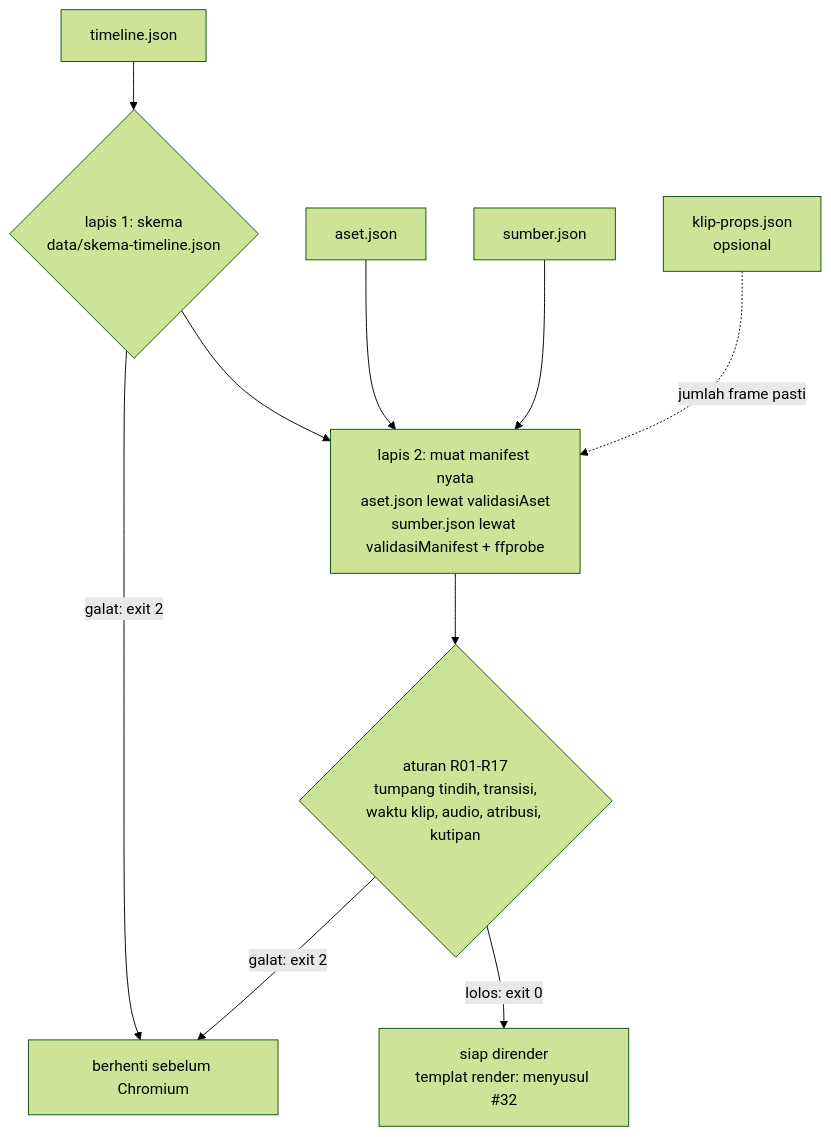
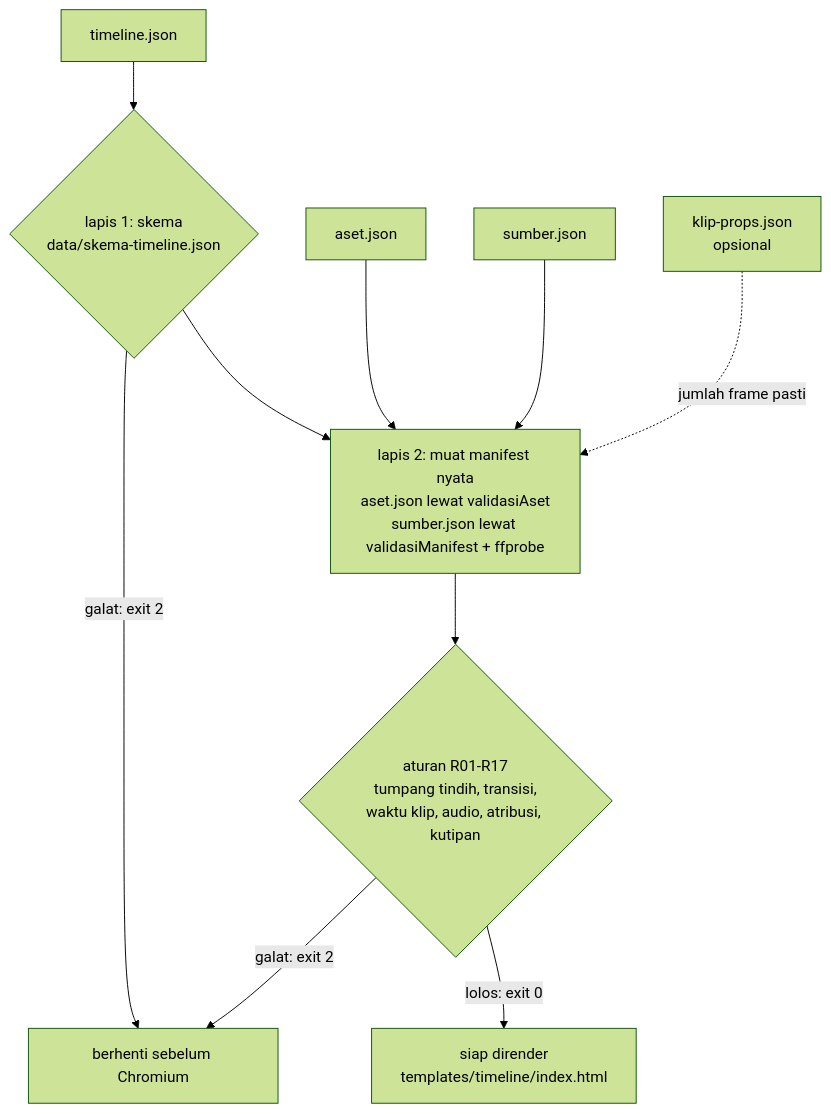
The first of 2 diagrams in docs/timeline.md (ahliweb/awvd), drawn with Mermaid (forest theme) before and after one commit. The commit also changed other lines of this file and 6 other files, not shown here.

Commit message:
feat: templat render timeline generik (templates/timeline) dengan penjadwal scripts/timeline.js

````diff
--- a/docs/timeline.md
+++ b/docs/timeline.md
@@ -15,12 +15,12 @@
 ```mermaid
 flowchart TD
     TL[timeline.json] --> S{lapis 1: skema<br/>data/skema-timeline.json}
     S -->|galat: exit 2| X[berhenti sebelum Chromium]
     S --> M[lapis 2: muat manifest nyata<br/>aset.json lewat validasiAset<br/>sumber.json lewat validasiManifest + ffprobe]
     AS[aset.json] --> M
     SU[sumber.json] --> M
     KP[klip-props.json<br/>opsional] -.jumlah frame pasti.-> M
     M --> A{aturan R01-R17<br/>tumpang tindih, transisi,<br/>waktu klip, audio, atribusi, kutipan}
     A -->|galat: exit 2| X
-    A -->|lolos: exit 0| OK[siap dirender<br/>templat render: menyusul #32]
+    A -->|lolos: exit 0| OK[siap dirender<br/>templates/timeline/index.html]
 ```
````
